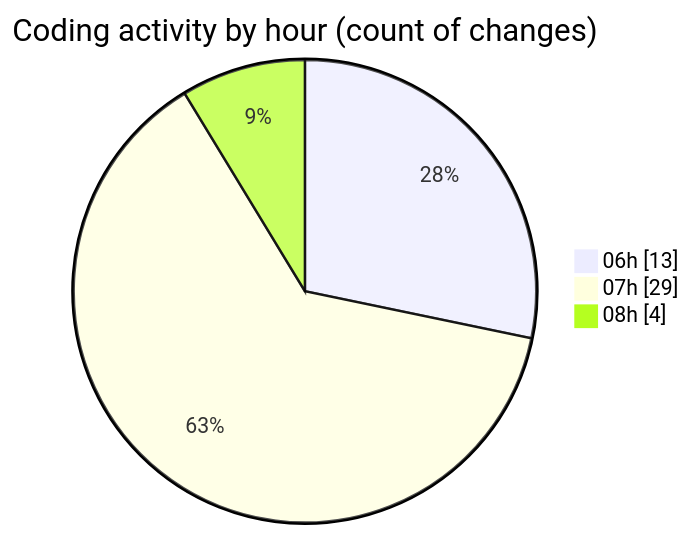
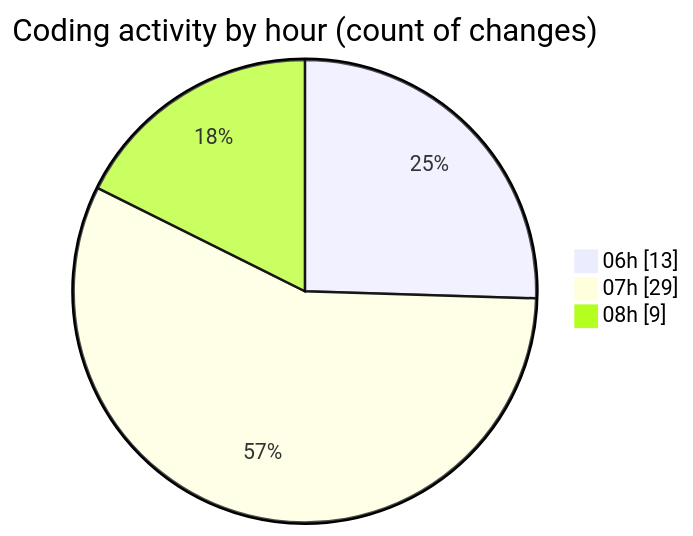
Before and after one commit to robertbonfada/code-tracking: the second of 2 diagrams in 2025-01-21/mbc-web/README.md, drawn with Mermaid. The commit also changed other lines of this file and 1 other file, not shown here.

````diff
--- a/2025-01-21/mbc-web/README.md
+++ b/2025-01-21/mbc-web/README.md
@@ -42,7 +43,7 @@
 ```mermaid
 pie showData
 title Coding activity by hour (count of changes)
 "06h" : 13
 "07h" : 29
-"08h" : 4
+"08h" : 9
 ```
````
